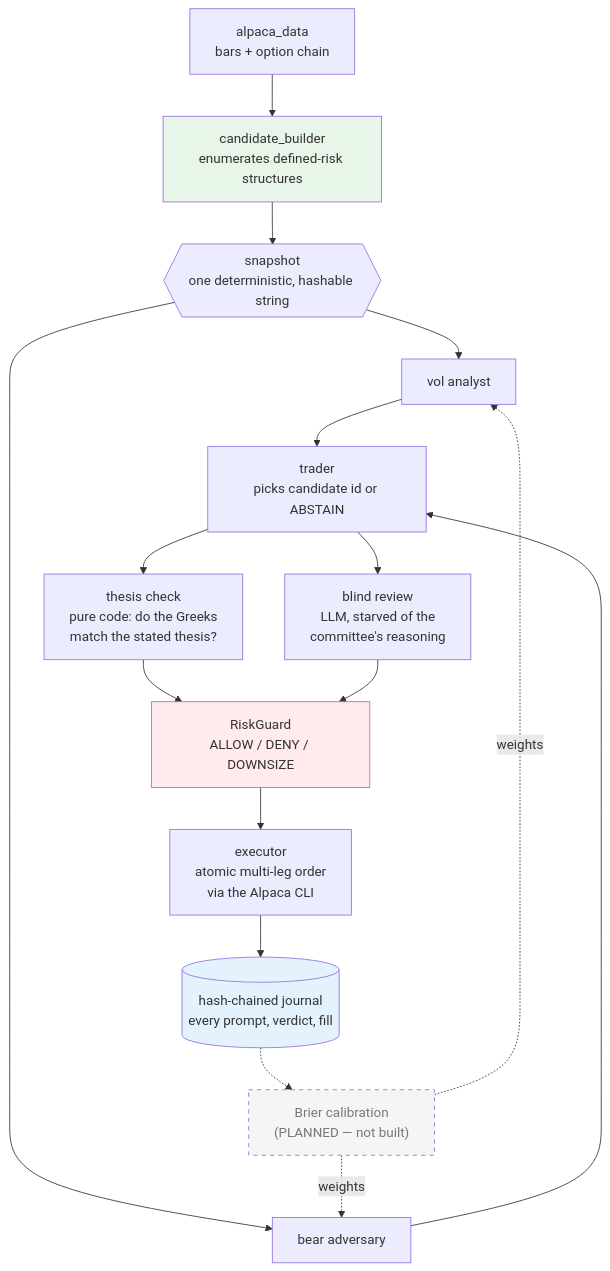
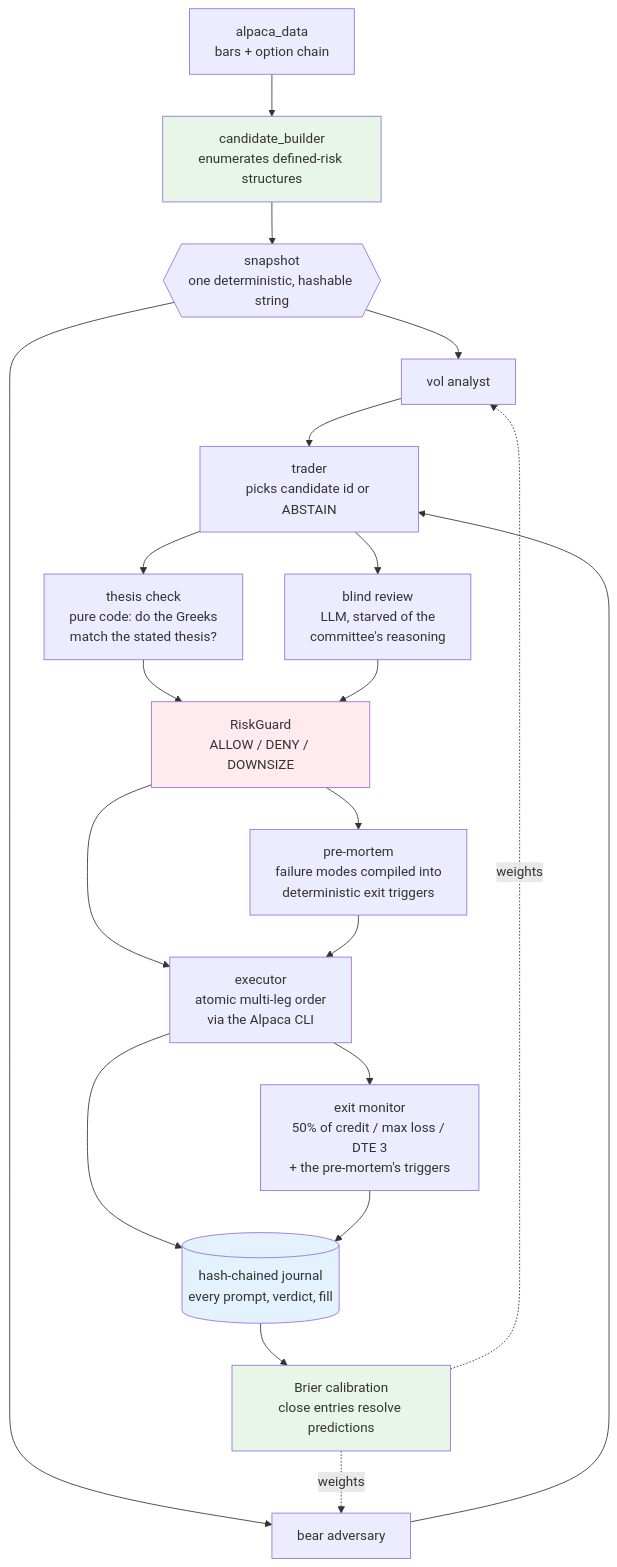
The diagram in README.md (Prashant-thakur77/trading-alpaca), drawn with Mermaid before and after one commit. The commit also changed other lines of this file and 2 other files, not shown here.

First line of the commit message:
docs: the calibration loop and the pre-mortem are no longer "planned"

````diff
--- a/README.md
+++ b/README.md
@@ -25,26 +25,30 @@
 ```mermaid
 flowchart TD
     A[alpaca_data<br/>bars + option chain] --> B[candidate_builder<br/>enumerates defined-risk structures]
     B --> C{{"snapshot<br/>one deterministic, hashable string"}}
 
     C --> D[vol analyst]
     C --> E[bear adversary]
     D --> F[trader<br/>picks candidate id or ABSTAIN]
     E --> F
 
     F --> G[thesis check<br/>pure code: do the Greeks<br/>match the stated thesis?]
     F --> H[blind review<br/>LLM, starved of the<br/>committee's reasoning]
 
     G --> I[RiskGuard<br/>ALLOW / DENY / DOWNSIZE]
     H --> I
     I --> J[executor<br/>atomic multi-leg order<br/>via the Alpaca CLI]
+    I --> P[pre-mortem<br/>failure modes compiled into<br/>deterministic exit triggers]
+    P --> J[executor<br/>atomic multi-leg order<br/>via the Alpaca CLI]
+    J --> M[exit monitor<br/>50% of credit / max loss / DTE&nbsp;3<br/>+ the pre-mortem's triggers]
     J --> K[(hash-chained journal<br/>every prompt, verdict, fill)]
-    K -.-> L["Brier calibration<br/>(PLANNED — not built)"]
+    M --> K
+    K --> L[Brier calibration<br/>close entries resolve predictions]
     L -.weights.-> D
     L -.weights.-> E
 
     style B fill:#e8f5e9
     style I fill:#ffebee
     style K fill:#e3f2fd
-    style L fill:#f5f5f5,stroke-dasharray: 5 5,color:#777
+    style L fill:#e8f5e9
 ```
````
